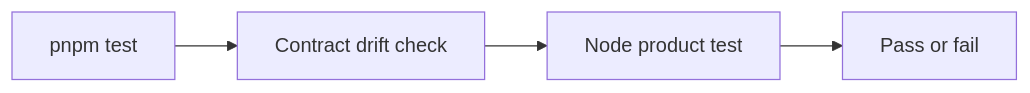
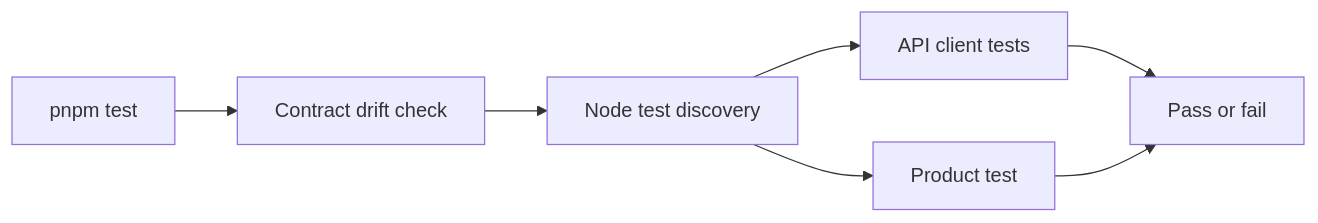
One commit to rnkraus/investment-research changed the diagram in frontend/tests/README.md. Above: the diagram before and after it, drawn with Mermaid. The commit also changed other lines of this file and 6 other files, not shown here.

Commit message:
feat(frontend): add typed API client

````diff
--- a/frontend/tests/README.md
+++ b/frontend/tests/README.md
@@ -12,6 +13,9 @@
 ```mermaid
 flowchart LR
     TEST[pnpm test] --> CONTRACT[Contract drift check]
-    CONTRACT --> PRODUCT[Node product test]
-    PRODUCT --> RESULT[Pass or fail]
+    CONTRACT --> DISCOVERY[Node test discovery]
+    DISCOVERY --> API[API client tests]
+    DISCOVERY --> PRODUCT[Product test]
+    API --> RESULT[Pass or fail]
+    PRODUCT --> RESULT
 ```
````
